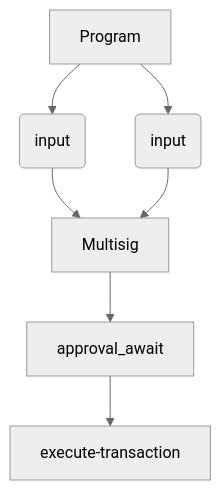
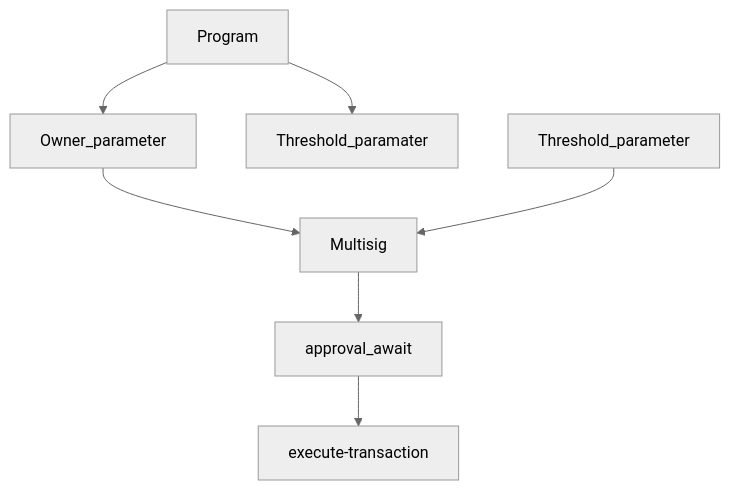
One commit to 0xlax/solana-multisig changed the diagram in readme.md. Above: the diagram before and after it, drawn with Mermaid (neutral theme).

````diff
--- a/readme.md
+++ b/readme.md
@@ -7,9 +7,9 @@
 ```mermaid
 graph TD;
-    Program-->Owner(input);
-    Program-->Threshold(input);
-    Owner(input)-->Multisig;
-    Threshold(input)-->Multisig;
+    Program-->Owner_parameter;
+    Program-->Threshold_paramater;
+    Owner_parameter-->Multisig;
+    Threshold_parameter-->Multisig;
     Multisig-->approval_await;
     approval_await-->execute-transaction;
 ```
````
